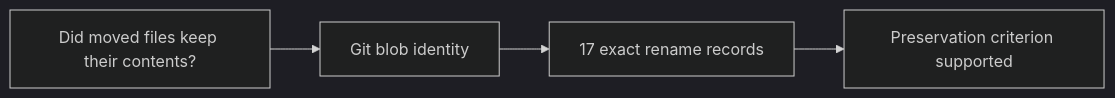
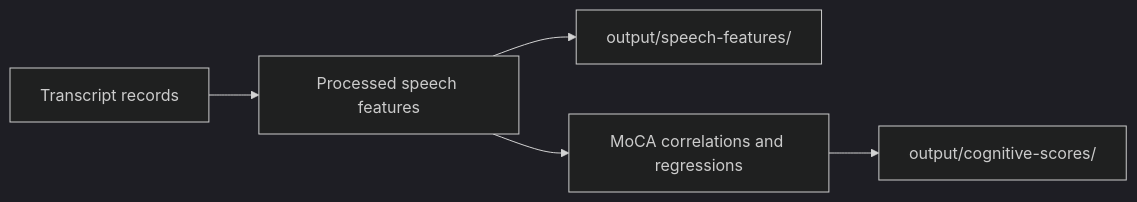
One commit to HeigatVu/delware-project changed the diagram in docs/features/organize-output-by-feature/RESEARCH.md. Above: the diagram before and after it, drawn with Mermaid (dark theme). The commit also changed other lines of this file and 30 other files, not shown here.

````diff
--- a/docs/features/organize-output-by-feature/RESEARCH.md
+++ b/docs/features/organize-output-by-feature/RESEARCH.md
@@ -56,6 +89,7 @@
 ```mermaid
 flowchart LR
-  Q[Did moved files keep their contents?] --> G[Git blob identity]
-  G --> D[17 exact rename records]
-  D --> R[Preservation criterion supported]
+  CHAT[Transcript records] --> FEATURES[Processed speech features]
+  FEATURES --> SPEECH[output/speech-features/]
+  FEATURES --> MOCA[MoCA correlations and regressions]
+  MOCA --> SCORES[output/cognitive-scores/]
 ```
````
